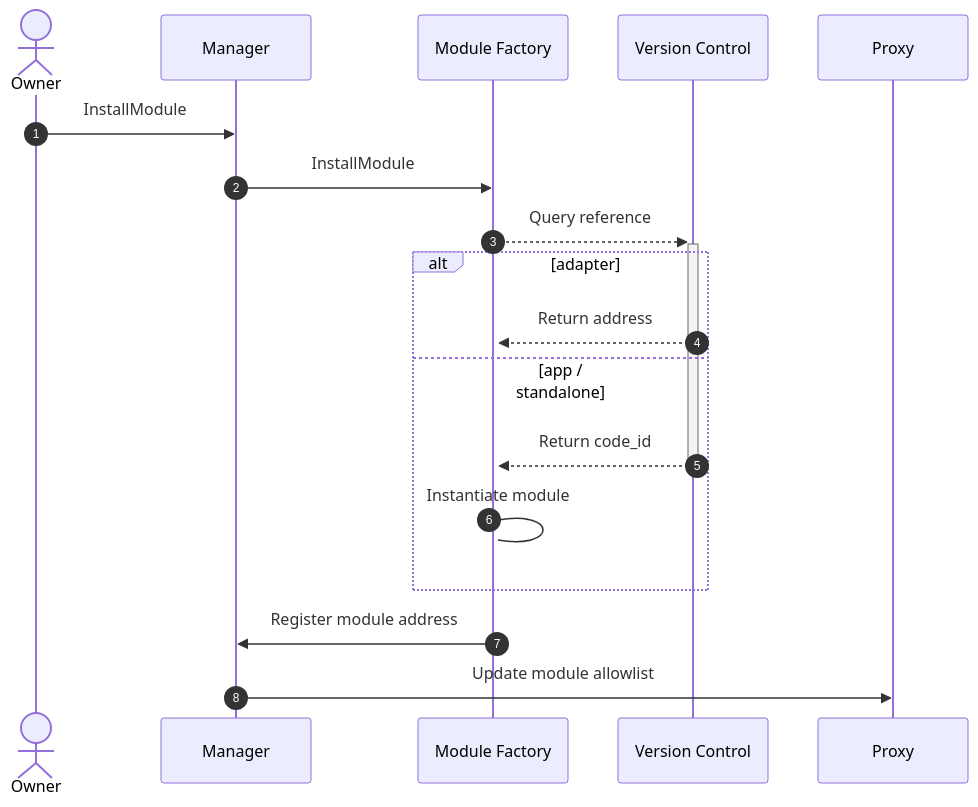
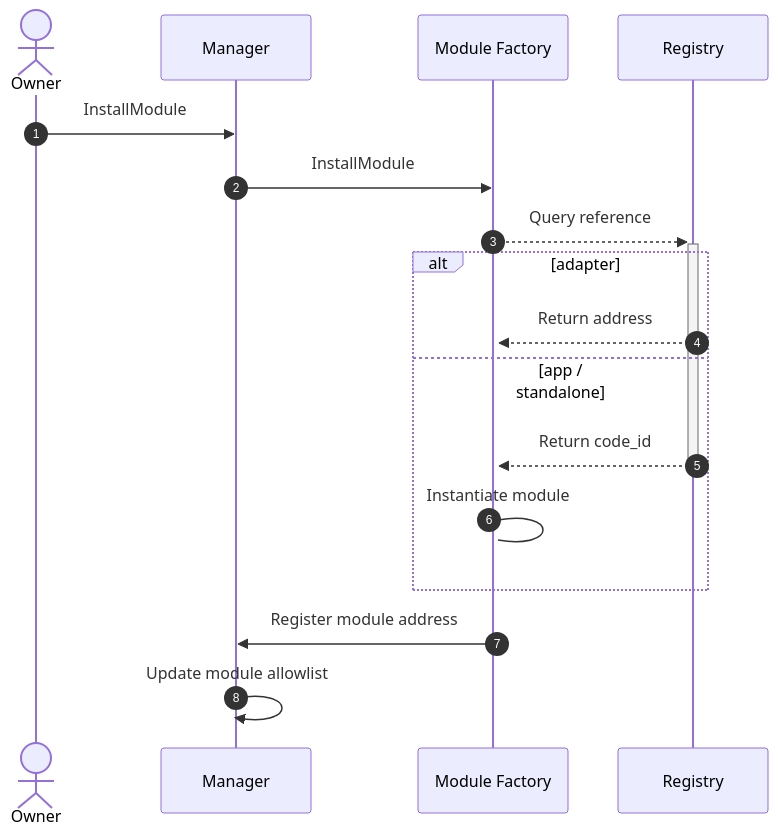
The first of 4 diagrams in framework/docs/src/5_platform/5_module_factory.md (AbstractSDK/abstract), drawn with Mermaid before and after one commit. The commit also changed other lines of this file and 14 other files, not shown here.

Commit message:
rename all references to version control to registry in docs

````diff
--- a/framework/docs/src/5_platform/5_module_factory.md
+++ b/framework/docs/src/5_platform/5_module_factory.md
@@ -13,22 +13,21 @@
 ```mermaid
 sequenceDiagram
     autonumber
     actor U as Owner
-    participant M as Manager
+    participant A as Manager
     participant MF as Module Factory
-    participant VC as Version Control
-    participant P as Proxy
+    participant REG as Registry
 
-    U ->> M: InstallModule
-    M ->> MF: InstallModule
-    MF -->>+ VC: Query reference
+    U ->> A: InstallModule
+    A ->> MF: InstallModule
+    MF -->>+ REG: Query reference
     alt adapter
-        VC -->>+ MF: Return address
+        REG -->>+ MF: Return address
     else app / standalone
-        VC -->>- MF: Return code_id
+        REG -->>- MF: Return code_id
         MF -> MF: Instantiate module
     end
-    MF ->> M: Register module address
+    MF ->> A: Register module address
 
-    M ->> P: Update module allowlist
+    A ->> A: Update module allowlist
 ```
````
